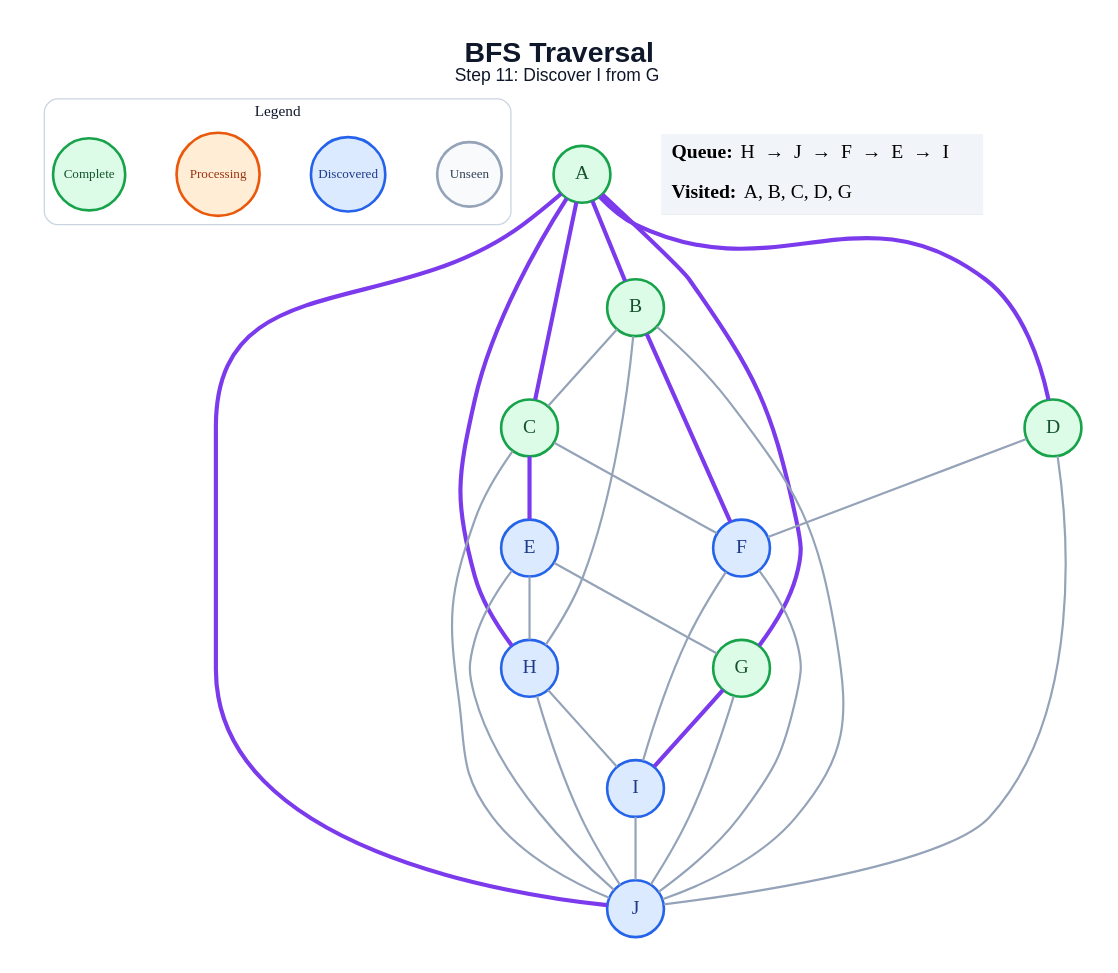
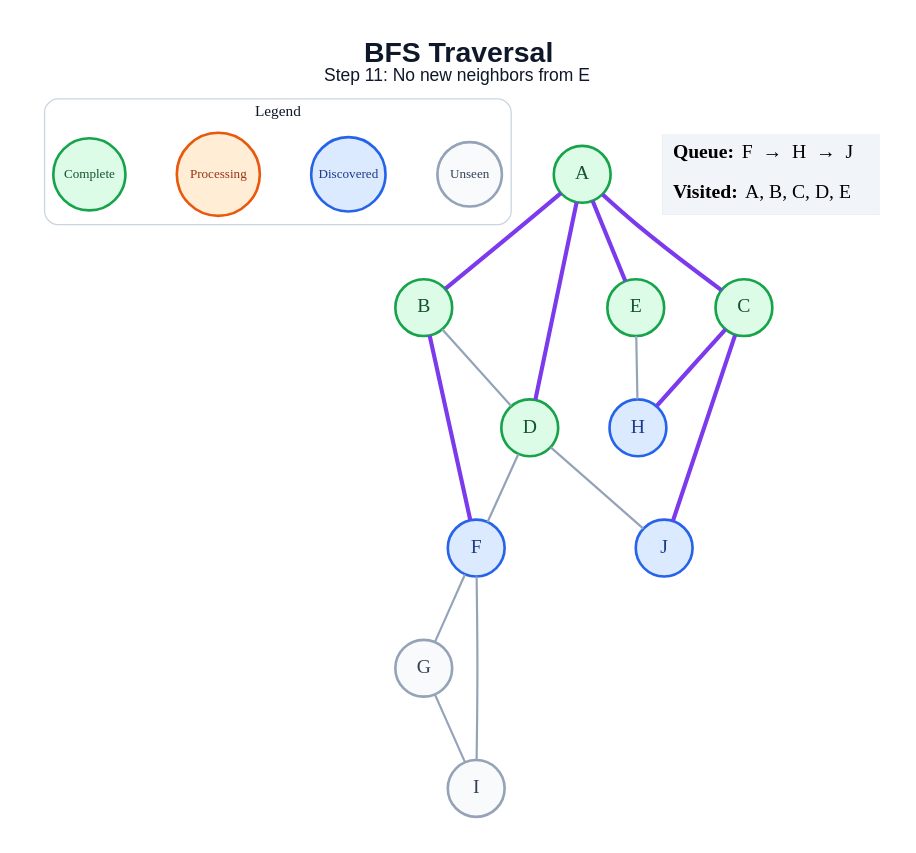
Before and after one commit to anon7238593-create/ai-slop: the diagram in generated/bfs/step_11.dot, drawn with Graphviz. The commit also changed 178 other files, not shown here.

```diff
--- a/generated/bfs/step_11.dot
+++ b/generated/bfs/step_11.dot
@@ -1,54 +1,43 @@
 graph traversal {
   graph [layout=dot, rankdir=TB, bgcolor="#FFFFFF", pad="0.35", nodesep="0.65", ranksep="0.8", fontname="Arial"];
   node [shape=circle, style="filled", fontname="Arial Bold", fontsize=18, width=0.72, fixedsize=true, penwidth=2.4];
   edge [color="#94A3B8", penwidth=2.0];
-  label=<<B>BFS Traversal</B><BR/><FONT POINT-SIZE="16">Step 11: Discover I from G</FONT>>; labelloc="t"; fontsize=26; fontname="Arial"; fontcolor="#0F172A";
+  label=<<B>BFS Traversal</B><BR/><FONT POINT-SIZE="16">Step 11: No new neighbors from E</FONT>>; labelloc="t"; fontsize=26; fontname="Arial"; fontcolor="#0F172A";
   subgraph cluster_legend { label="Legend"; color="#CBD5E1"; penwidth=1.2; style="rounded"; fontsize=14; fontname="Arial Bold";
     key_unseen [label="Unseen", fillcolor="#F8FAFC", color="#94A3B8", fontcolor="#334155", fontsize=12, width=0.82];
     key_frontier [label="Discovered", fillcolor="#DBEAFE", color="#2563EB", fontcolor="#1E3A8A", fontsize=12, width=0.95];
     key_current [label="Processing", fillcolor="#FFEDD5", color="#EA580C", fontcolor="#9A3412", fontsize=12, width=1.05];
     key_done [label="Complete", fillcolor="#DCFCE7", color="#16A34A", fontcolor="#14532D", fontsize=12, width=0.92];
     { rank=same; key_unseen; key_frontier; key_current; key_done; }
   }
   A [fillcolor="#DCFCE7", color="#16A34A", fontcolor="#14532D"];
   B [fillcolor="#DCFCE7", color="#16A34A", fontcolor="#14532D"];
   C [fillcolor="#DCFCE7", color="#16A34A", fontcolor="#14532D"];
   D [fillcolor="#DCFCE7", color="#16A34A", fontcolor="#14532D"];
-  E [fillcolor="#DBEAFE", color="#2563EB", fontcolor="#1E3A8A"];
+  E [fillcolor="#DCFCE7", color="#16A34A", fontcolor="#14532D"];
   F [fillcolor="#DBEAFE", color="#2563EB", fontcolor="#1E3A8A"];
-  G [fillcolor="#DCFCE7", color="#16A34A", fontcolor="#14532D"];
+  G [fillcolor="#F8FAFC", color="#94A3B8", fontcolor="#334155"];
   H [fillcolor="#DBEAFE", color="#2563EB", fontcolor="#1E3A8A"];
-  I [fillcolor="#DBEAFE", color="#2563EB", fontcolor="#1E3A8A"];
+  I [fillcolor="#F8FAFC", color="#94A3B8", fontcolor="#334155"];
   J [fillcolor="#DBEAFE", color="#2563EB", fontcolor="#1E3A8A"];
   A -- B [color="#7C3AED", penwidth=3.8];
   A -- C [color="#7C3AED", penwidth=3.8];
   A -- D [color="#7C3AED", penwidth=3.8];
-  A -- G [color="#7C3AED", penwidth=3.8];
-  A -- H [color="#7C3AED", penwidth=3.8];
-  A -- J [color="#7C3AED", penwidth=3.8];
-  B -- C;
+  A -- E [color="#7C3AED", penwidth=3.8];
+  B -- D;
   B -- F [color="#7C3AED", penwidth=3.8];
-  B -- H;
-  B -- J;
-  C -- E [color="#7C3AED", penwidth=3.8];
-  C -- F;
-  C -- J;
+  C -- H [color="#7C3AED", penwidth=3.8];
+  C -- J [color="#7C3AED", penwidth=3.8];
   D -- F;
   D -- J;
-  E -- G;
   E -- H;
-  E -- J;
+  F -- G;
   F -- I;
-  F -- J;
-  G -- I [color="#7C3AED", penwidth=3.8];
-  G -- J;
-  H -- I;
-  H -- J;
-  I -- J;
+  G -- I;
   status [shape=plain, fixedsize=false, width=0, height=0, margin=0, label=<
     <TABLE BORDER="0" CELLBORDER="0" CELLPADDING="7" BGCOLOR="#F1F5F9">
-      <TR><TD ALIGN="LEFT"><B>Queue:</B> H  →  J  →  F  →  E  →  I</TD></TR>
-      <TR><TD ALIGN="LEFT"><B>Visited:</B> A, B, C, D, G</TD></TR>
+      <TR><TD ALIGN="LEFT"><B>Queue:</B> F  →  H  →  J</TD></TR>
+      <TR><TD ALIGN="LEFT"><B>Visited:</B> A, B, C, D, E</TD></TR>
     </TABLE>
   >];
 }
```
